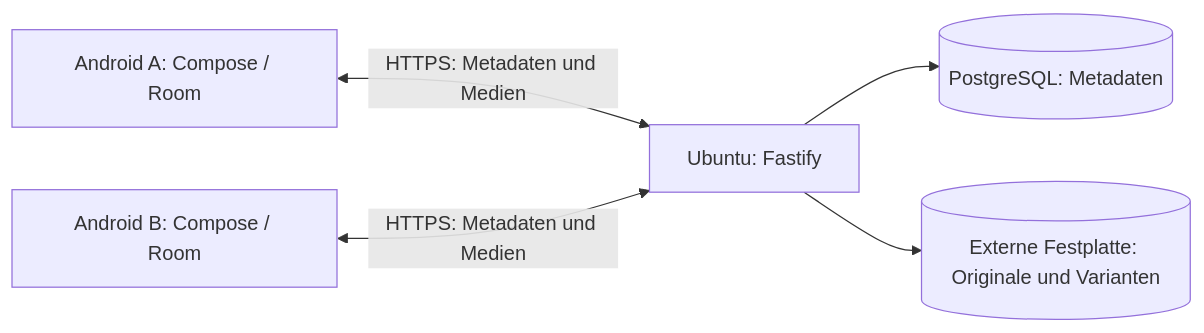
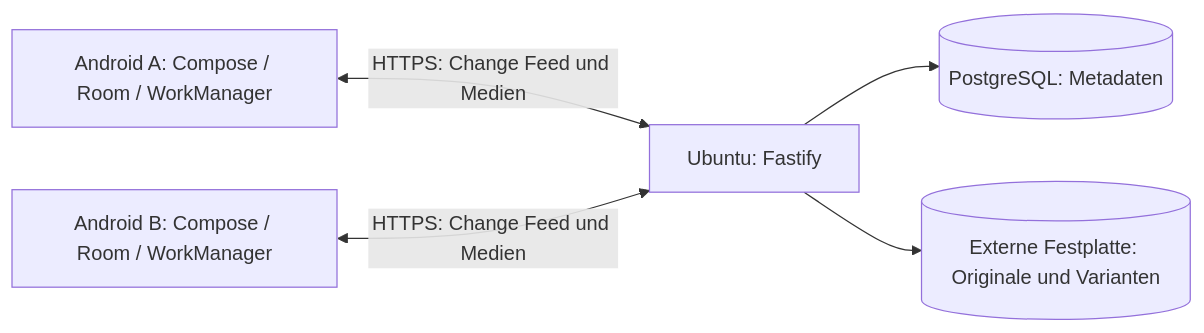
The diagram in docs/architecture.md (philip20794/PhotoSync), drawn with Mermaid before and after one commit. The commit also changed other lines of this file and 102 other files, not shown here.

````diff
--- a/docs/architecture.md
+++ b/docs/architecture.md
@@ -27,7 +27,7 @@
 ```mermaid
 flowchart LR
-  A[Android A: Compose / Room] <-->|HTTPS: Metadaten und Medien| S[Ubuntu: Fastify]
-  B[Android B: Compose / Room] <-->|HTTPS: Metadaten und Medien| S
+  A[Android A: Compose / Room / WorkManager] <-->|HTTPS: Change Feed und Medien| S[Ubuntu: Fastify]
+  B[Android B: Compose / Room / WorkManager] <-->|HTTPS: Change Feed und Medien| S
   S --> P[(PostgreSQL: Metadaten)]
   S --> D[(Externe Festplatte: Originale und Varianten)]
 ```
````
